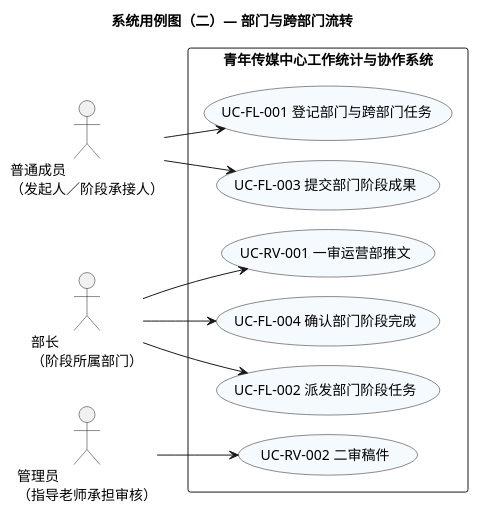
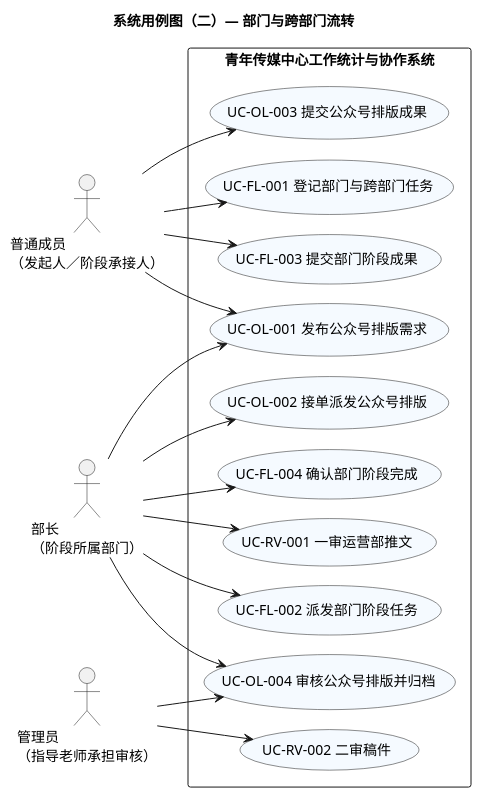
One commit to tccc1csu/miniprogram-csu changed the diagram in docs/diagrams/system-use-case-workflow.puml. Above: the diagram before and after it, drawn with PlantUML. The commit also changed 133 other files, not shown here.

First line of the commit message:
docs: 重建课程分析文档与流程图，补齐外部需求/排版流程

```diff
--- a/docs/diagrams/system-use-case-workflow.puml
+++ b/docs/diagrams/system-use-case-workflow.puml
@@ -1,27 +1,37 @@
 @startuml
 title 系统用例图（二）— 部门与跨部门流转
 left to right direction
 skinparam defaultFontName Microsoft YaHei
 skinparam shadowing false
 skinparam packageStyle rectangle
 skinparam nodesep 20
 skinparam ranksep 40
 skinparam usecaseBackgroundColor #F5FAFF
 actor "普通成员\n（发起人／阶段承接人）" as Member
 actor "部长\n（阶段所属部门）" as Minister
 actor "管理员\n（指导老师承担审核）" as Admin
 rectangle "青年传媒中心工作统计与协作系统" {
  usecase "UC-FL-001 登记部门与跨部门任务" as U0
  usecase "UC-FL-002 派发部门阶段任务" as U1
  usecase "UC-FL-003 提交部门阶段成果" as U2
  usecase "UC-FL-004 确认部门阶段完成" as U3
  usecase "UC-RV-001 一审运营部推文" as U4
  usecase "UC-RV-002 二审稿件" as U5
+ usecase "UC-OL-001 发布公众号排版需求" as U6
+ usecase "UC-OL-002 接单派发公众号排版" as U7
+ usecase "UC-OL-003 提交公众号排版成果" as U8
+ usecase "UC-OL-004 审核公众号排版并归档" as U9
 }
 Member --> U0
 Minister --> U1
 Member --> U2
 Minister --> U3
 Minister --> U4
 Admin --> U5
+Member --> U6
+Minister --> U6
+Minister --> U7
+Member --> U8
+Minister --> U9
+Admin --> U9
 @enduml
```
